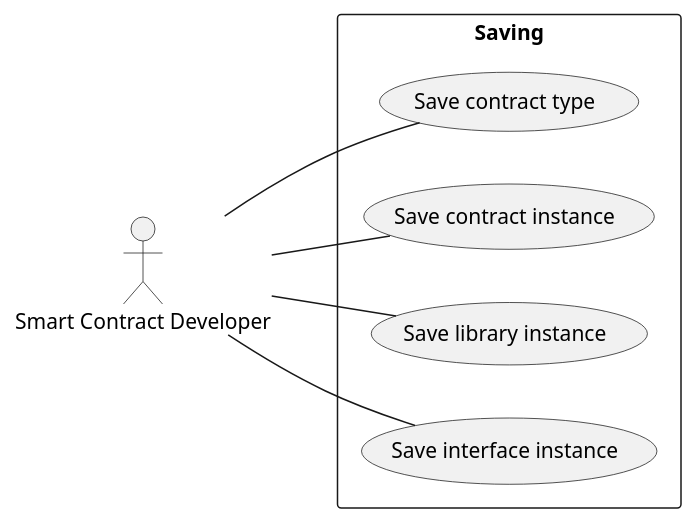
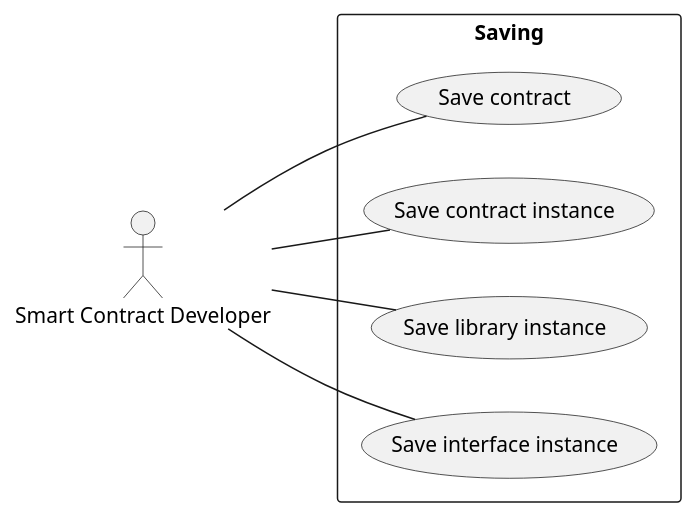
One commit to trufflesuite/artifact-updates changed the first of 9 diagrams in docs/requirements/truffle.rst. Above: the diagram before and after it, drawn with PlantUML. The commit also changed other lines of this file and 4 other files, not shown here.

Commit message:
Update glossary to include additional parts of data model, and remove contract type since no longer relevant

```diff
--- a/docs/requirements/truffle.rst
+++ b/docs/requirements/truffle.rst
@@ -29,17 +29,17 @@
 .. uml::
 
   left to right direction
 
   :Smart Contract Developer: as :SmartContractDev:
 
   rectangle Saving {
-    (Save contract type) as (SaveType)
+    (Save contract) as (SaveContract)
     (Save contract instance) as (SaveInstance)
     (Save library instance) as (SaveLibrary)
     (Save interface instance) as (SaveInterface)
   }
 
-  SmartContractDev -- SaveType
+  SmartContractDev -- SaveContract
   SmartContractDev -- SaveInstance
   SmartContractDev -- SaveLibrary
   SmartContractDev -- SaveInterface
```
